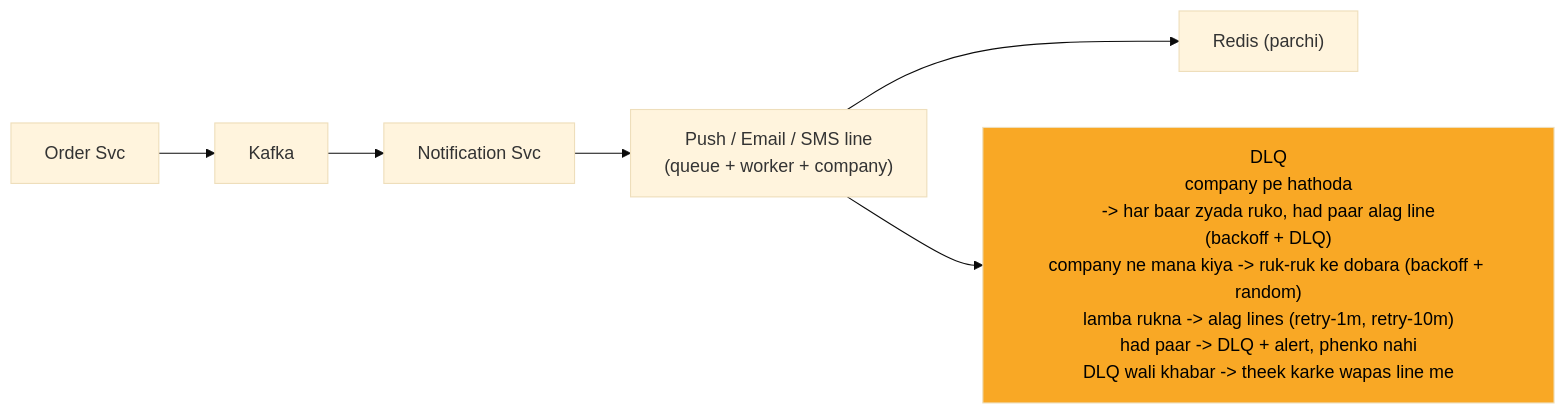
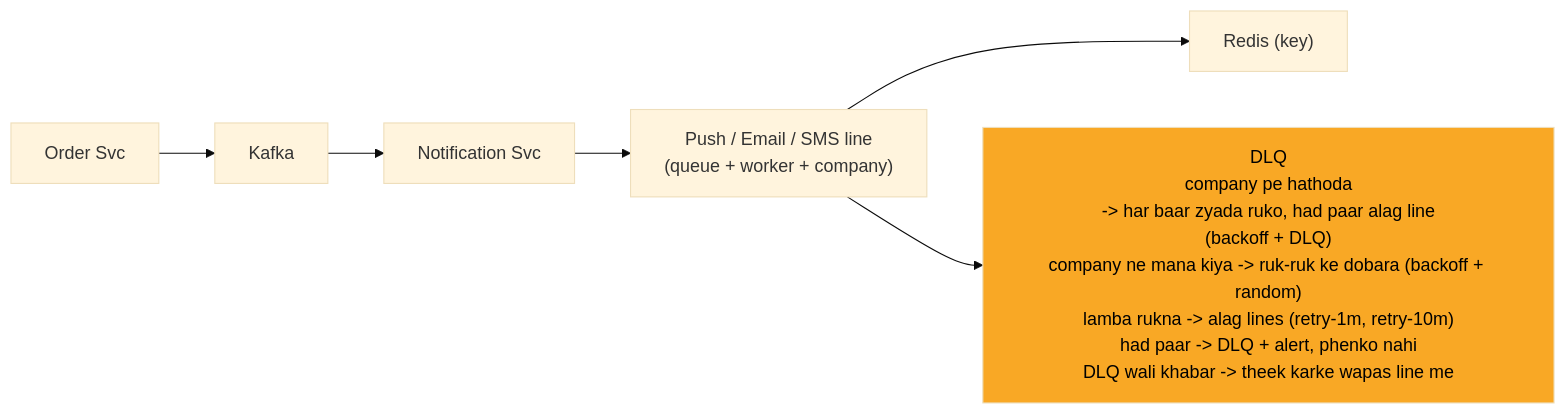
One commit to ArpanMaheshwari144/Prep changed the sixth of 13 diagrams in 04_HLD/SYSTEM_DESIGNS/04_notification_system/04_notification_system.md. Above: the diagram before and after it, drawn with Mermaid (base theme). The commit also changed other lines of this file and 12 other files, not shown here.

````diff
--- a/04_HLD/SYSTEM_DESIGNS/04_notification_system/04_notification_system.md
+++ b/04_HLD/SYSTEM_DESIGNS/04_notification_system/04_notification_system.md
@@ -249,16 +249,16 @@
 ```mermaid
 %%{init: {"flowchart": {"wrappingWidth": 450}}}%%
 flowchart LR
     n_Order_Svc["Order Svc"]
     n_Kafka["Kafka"]
     n_Notification_Svc["Notification Svc"]
     n_LINES["Push / Email / SMS line<br/>(queue + worker + company)"]
-    n_Redis["Redis (parchi)"]
+    n_Redis["Redis (key)"]
     n_DLQ["DLQ<br/>company pe hathoda<br/>-> har baar zyada ruko, had paar alag line<br/>(backoff + DLQ)<br/>company ne mana kiya -> ruk-ruk ke dobara (backoff + random)<br/>lamba rukna -> alag lines (retry-1m, retry-10m)<br/>had paar -> DLQ + alert, phenko nahi<br/>DLQ wali khabar -> theek karke wapas line me"]
     n_Order_Svc --> n_Kafka
     n_Kafka --> n_Notification_Svc
     n_Notification_Svc --> n_LINES
     n_LINES --> n_Redis
     n_LINES --> n_DLQ
     style n_DLQ fill:#f9a825,color:#000
 ```
````
